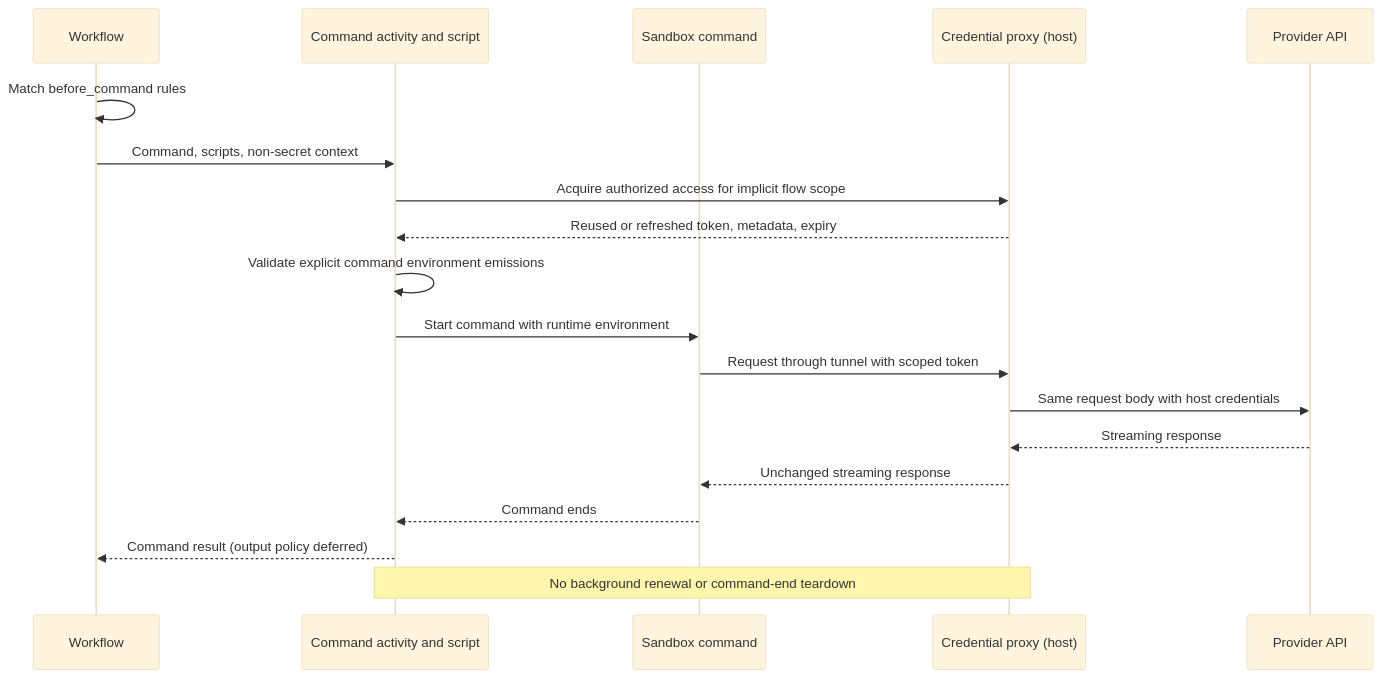
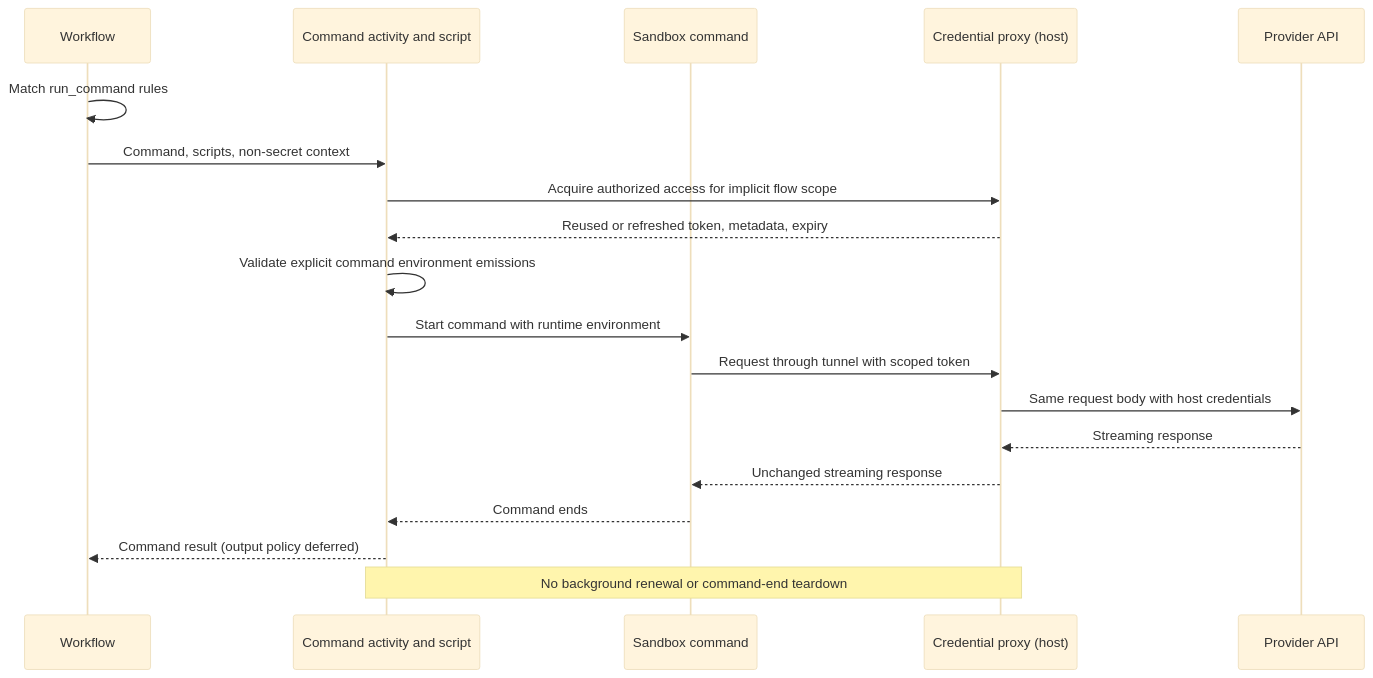
Before and after one commit to sidedotdev/sidekick: the diagram in intent/.generated/credential_proxy.md, drawn with Mermaid (base theme). The commit also changed other lines of this file and 10 other files, not shown here.

````diff
--- a/intent/.generated/credential_proxy.md
+++ b/intent/.generated/credential_proxy.md
@@ -174,22 +169,22 @@
 ```mermaid
 sequenceDiagram
     participant Workflow
     participant Activity as Command activity and script
     participant Sandbox as Sandbox command
     participant Proxy as Credential proxy (host)
     participant Provider as Provider API
 
-    Workflow->>Workflow: Match before_command rules
+    Workflow->>Workflow: Match run_command rules
     Workflow->>Activity: Command, scripts, non-secret context
     Activity->>Proxy: Acquire authorized access for implicit flow scope
     Proxy-->>Activity: Reused or refreshed token, metadata, expiry
     Activity->>Activity: Validate explicit command environment emissions
     Activity->>Sandbox: Start command with runtime environment
     Sandbox->>Proxy: Request through tunnel with scoped token
     Proxy->>Provider: Same request body with host credentials
     Provider-->>Proxy: Streaming response
     Proxy-->>Sandbox: Unchanged streaming response
     Sandbox-->>Activity: Command ends
     Activity-->>Workflow: Command result (output policy deferred)
     Note over Activity,Proxy: No background renewal or command-end teardown
 ```
````
